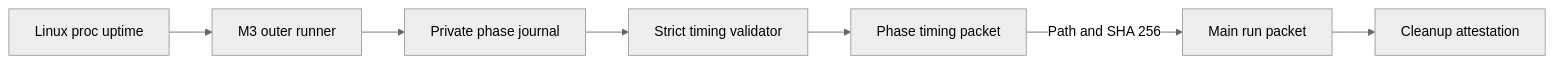
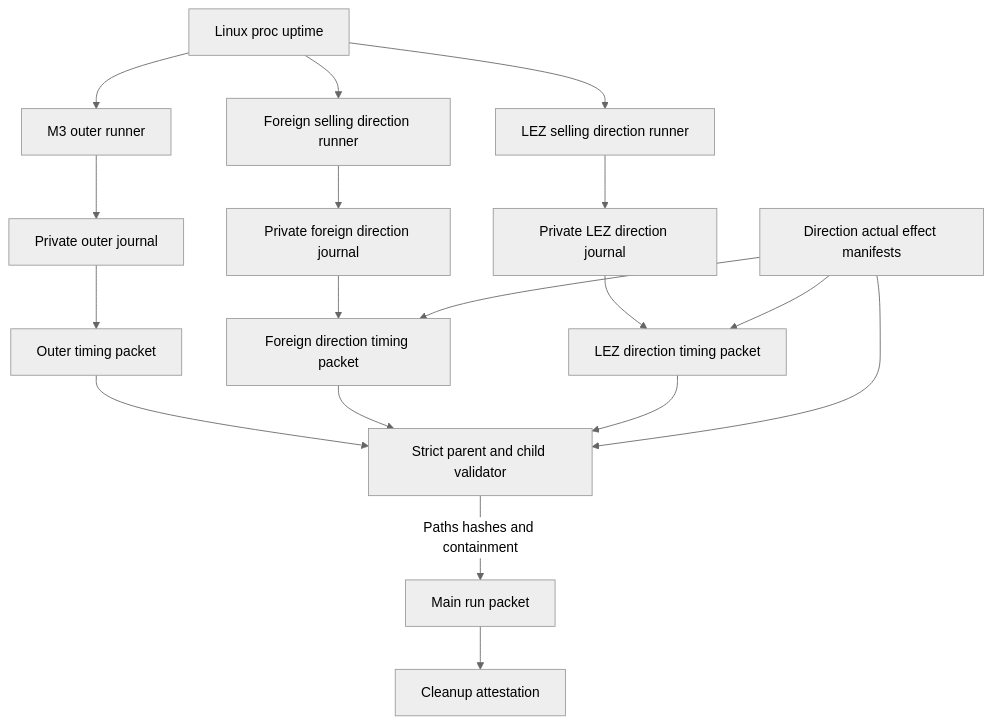
One commit to gateway-fm/lez-atomic-swaps changed the first of 2 diagrams in docs/architecture/0049-bind-monotonic-phase-evidence.md. Above: the diagram before and after it, drawn with Mermaid (neutral theme). The commit also changed other lines of this file and 13 other files, not shown here.

````diff
--- a/docs/architecture/0049-bind-monotonic-phase-evidence.md
+++ b/docs/architecture/0049-bind-monotonic-phase-evidence.md
@@ -53,17 +70,35 @@
 ```mermaid
-flowchart LR
+flowchart TB
     Clock["Linux proc uptime"]
     Runner["M3 outer runner"]
-    Journal["Private phase journal"]
-    Validator["Strict timing validator"]
-    Timing["Phase timing packet"]
+    Foreign["Foreign selling direction runner"]
+    Lez["LEZ selling direction runner"]
+    OuterJournal["Private outer journal"]
+    ForeignJournal["Private foreign direction journal"]
+    LezJournal["Private LEZ direction journal"]
+    OuterTiming["Outer timing packet"]
+    ForeignTiming["Foreign direction timing packet"]
+    LezTiming["LEZ direction timing packet"]
+    Effects["Direction actual effect manifests"]
+    Validator["Strict parent and child validator"]
     Main["Main run packet"]
     Cleanup["Cleanup attestation"]
 
     Clock --> Runner
-    Runner --> Journal
-    Journal --> Validator
-    Validator --> Timing
-    Timing -->|"Path and SHA 256"| Main
+    Clock --> Foreign
+    Clock --> Lez
+    Runner --> OuterJournal
+    Foreign --> ForeignJournal
+    Lez --> LezJournal
+    OuterJournal --> OuterTiming
+    ForeignJournal --> ForeignTiming
+    LezJournal --> LezTiming
+    Effects --> ForeignTiming
+    Effects --> LezTiming
+    OuterTiming --> Validator
+    ForeignTiming --> Validator
+    LezTiming --> Validator
+    Effects --> Validator
+    Validator -->|"Paths hashes and containment"| Main
     Main --> Cleanup
 ```
````
